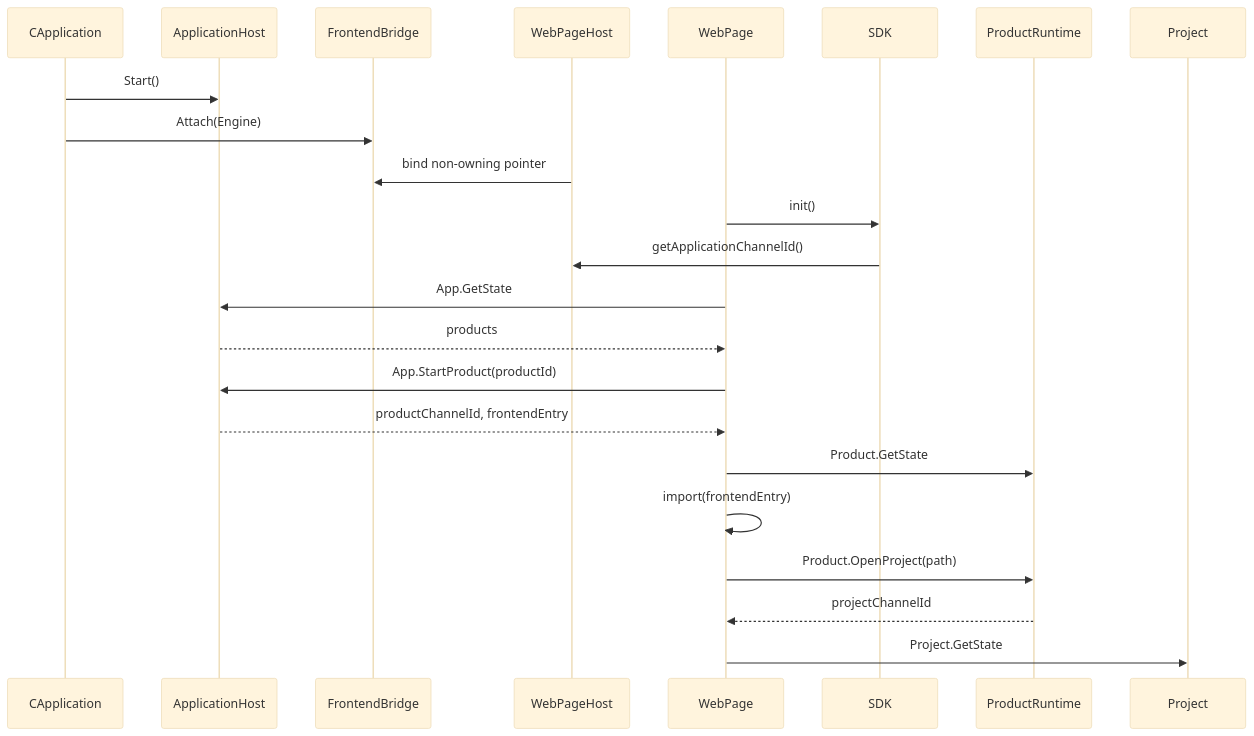
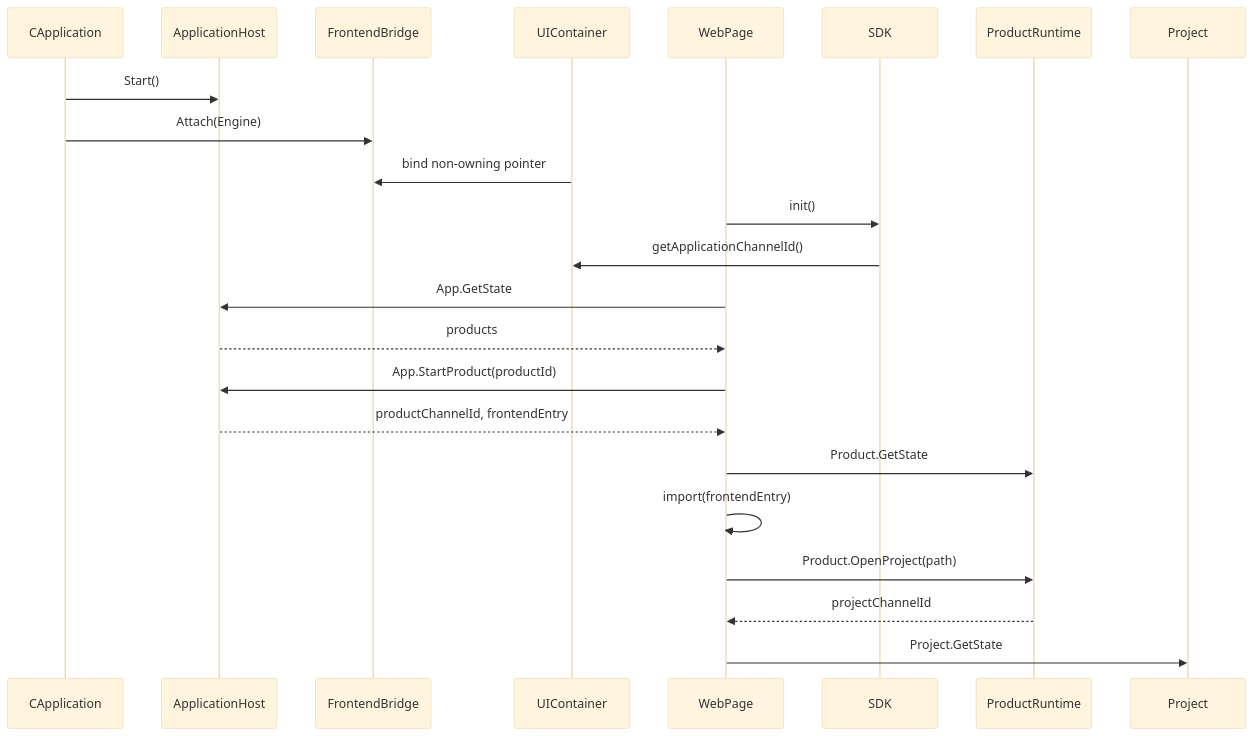
Before and after one commit to penguinchiang0609-ui/iCAX: the second of 2 diagrams in doc/iCAX-UI/iCAX-UI设计文档.md, drawn with Mermaid (base theme). The commit also changed other lines of this file and 224 other files, not shown here.

````diff
--- a/doc/iCAX-UI/iCAX-UI设计文档.md
+++ b/doc/iCAX-UI/iCAX-UI设计文档.md
@@ -284,26 +283,26 @@
 ```mermaid
 sequenceDiagram
     participant NativeApp as CApplication
     participant Engine as ApplicationHost
     participant Bridge as FrontendBridge
-    participant Host as WebPageHost
+    participant Host as UIContainer
     participant Page as WebPage
     participant SDK as SDK
     participant Product as ProductRuntime
     participant Project as Project
 
     NativeApp->>Engine: Start()
     NativeApp->>Bridge: Attach(Engine)
     Host->>Bridge: bind non-owning pointer
     Page->>SDK: init()
     SDK->>Host: getApplicationChannelId()
     Page->>Engine: App.GetState
     Engine-->>Page: products
     Page->>Engine: App.StartProduct(productId)
     Engine-->>Page: productChannelId, frontendEntry
     Page->>Product: Product.GetState
     Page->>Page: import(frontendEntry)
     Page->>Product: Product.OpenProject(path)
     Product-->>Page: projectChannelId
     Page->>Project: Project.GetState
 ```
````
